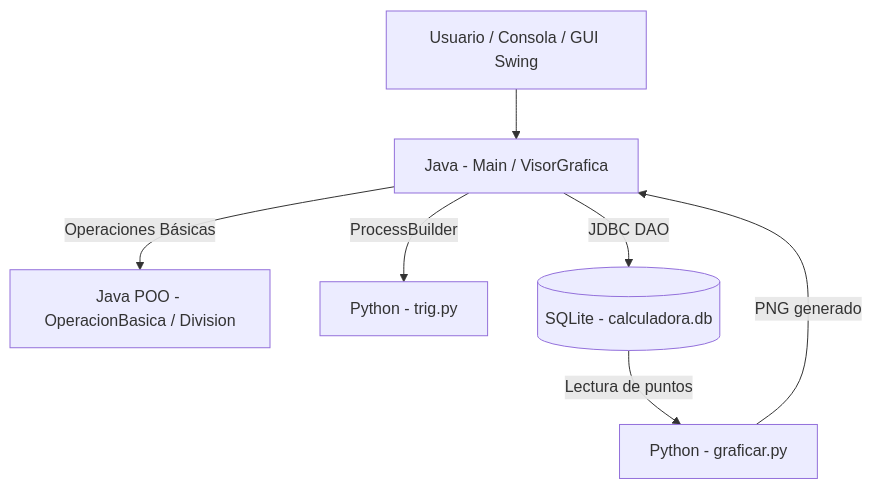
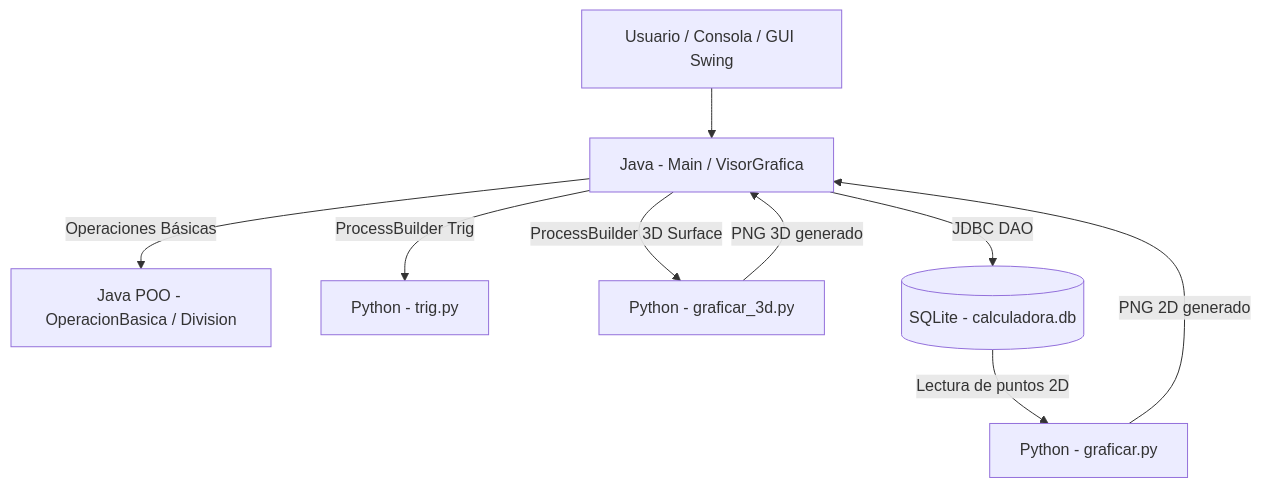
The diagram in README.md (garp29/Calculadora-3d), drawn with Mermaid before and after one commit. The commit also changed other lines of this file and 7 other files, not shown here.

````diff
--- a/README.md
+++ b/README.md
@@ -13,9 +13,11 @@
 ```mermaid
 graph TD
     A[Usuario / Consola / GUI Swing] --> B[Java - Main / VisorGrafica]
     B -->|Operaciones Básicas| C[Java POO - OperacionBasica / Division]
-    B -->|ProcessBuilder| D[Python - trig.py]
+    B -->|ProcessBuilder Trig| D[Python - trig.py]
+    B -->|ProcessBuilder 3D Surface| G[Python - graficar_3d.py]
     B -->|JDBC DAO| E[(SQLite - calculadora.db)]
-    E -->|Lectura de puntos| F[Python - graficar.py]
-    F -->|PNG generado| B
+    E -->|Lectura de puntos 2D| F[Python - graficar.py]
+    F -->|PNG 2D generado| B
+    G -->|PNG 3D generado| B
 ```
````
